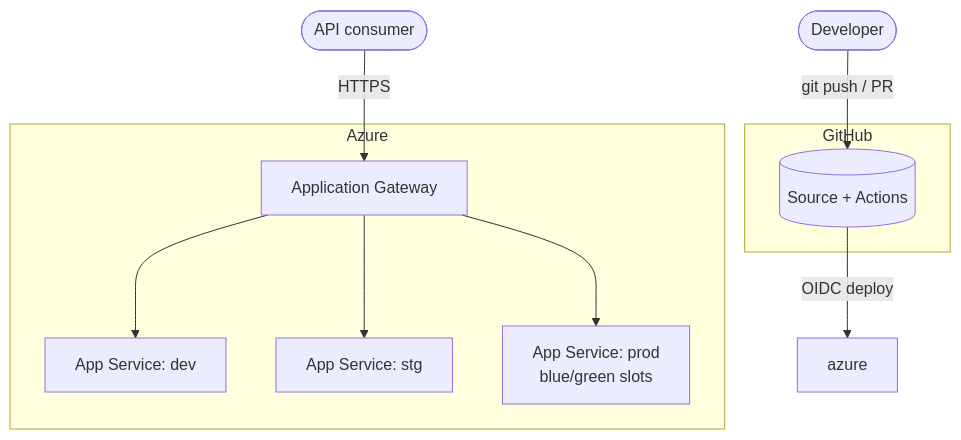
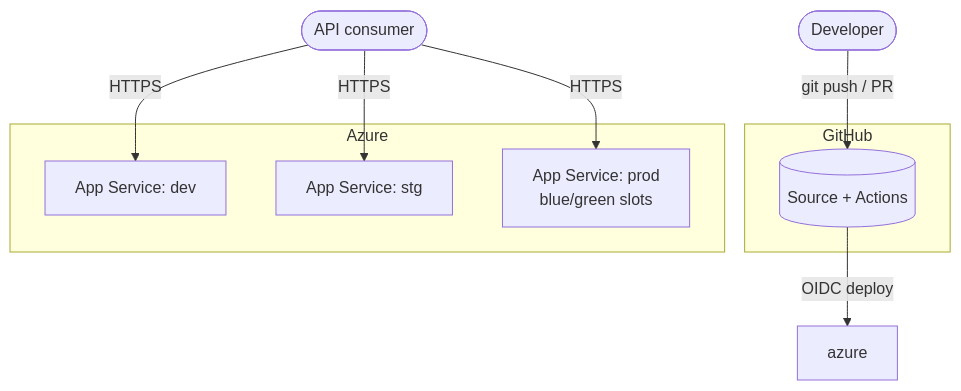
Before and after one commit to avlon-technologies/template-azure-cicd: the diagram in docs/ARCHITECTURE.md, drawn with Mermaid. The commit also changed other lines of this file and 7 other files, not shown here.

````diff
--- a/docs/ARCHITECTURE.md
+++ b/docs/ARCHITECTURE.md
@@ -24,18 +24,16 @@
 ```mermaid
 graph TB
     dev([Developer]) -->|git push / PR| repo
     subgraph GitHub
         repo[(Source + Actions)]
     end
     repo -->|OIDC deploy| azure
     subgraph Azure
-        gw[Application Gateway]
         appdev[App Service: dev]
         appstg[App Service: stg]
         appprod[App Service: prod<br/>blue/green slots]
-        gw --> appdev
-        gw --> appstg
-        gw --> appprod
     end
-    user([API consumer]) -->|HTTPS| gw
+    user([API consumer]) -->|HTTPS| appdev
+    user -->|HTTPS| appstg
+    user -->|HTTPS| appprod
 ```
````
